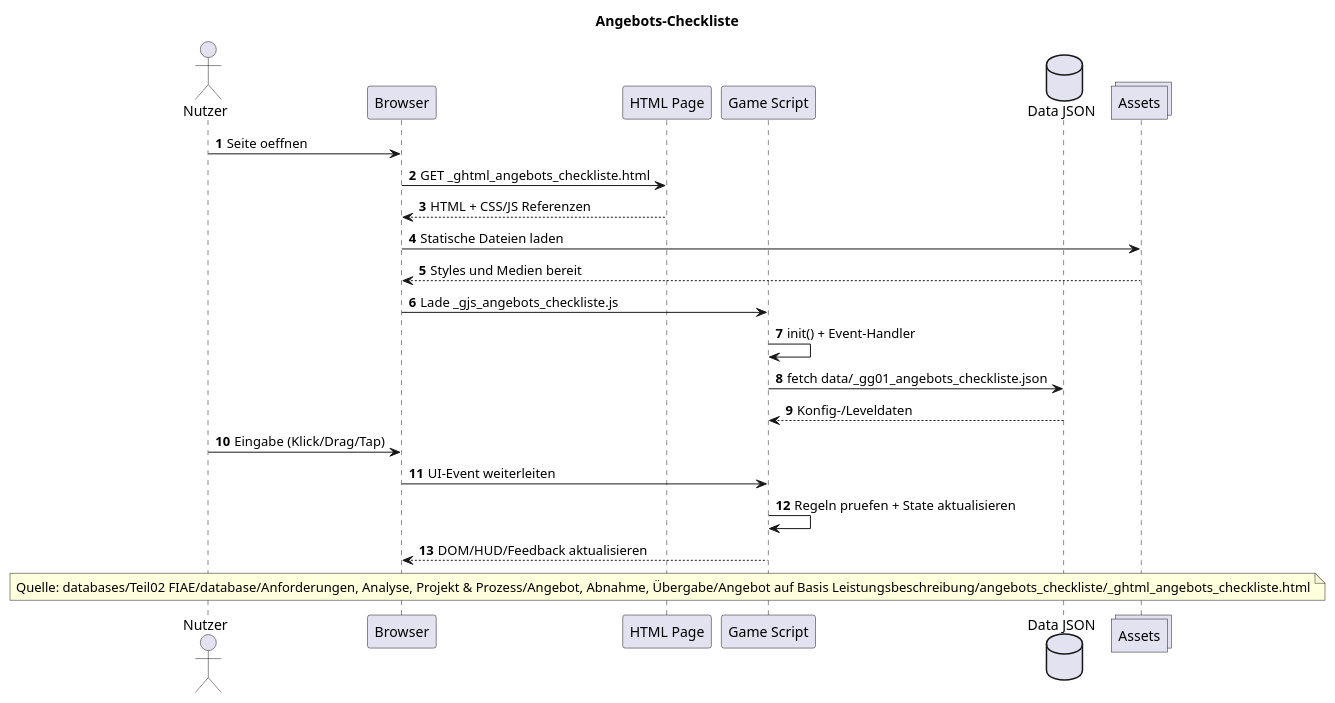
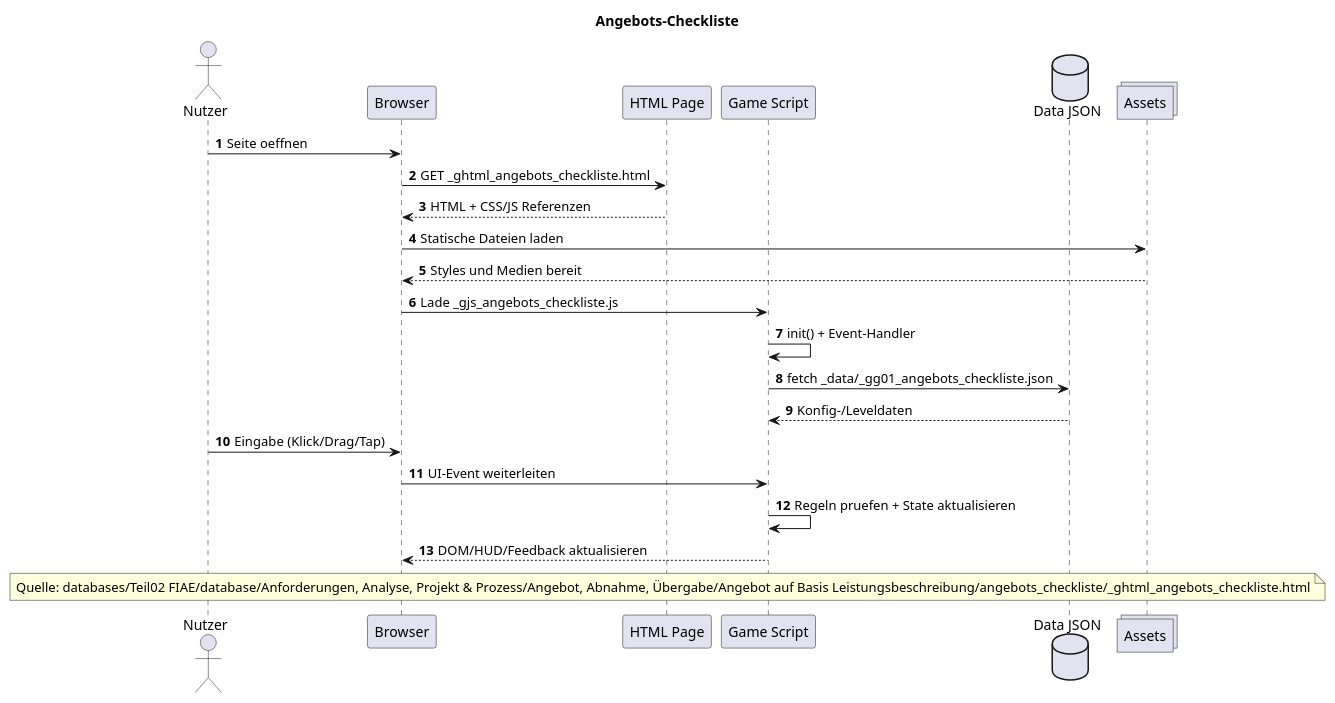
Before and after one commit to Thor-the-Dwarf/easyPV: the diagram in databases/Teil02 FIAE/database/Anforderungen, Analyse, Projekt & Prozess/Angebot, Abnahme, Übergabe/Angebot auf Basis Leistungsbeschreibung/angebots_checkliste/__dokumentation/__02_plans/__sequence_diagram.puml, drawn with PlantUML. The commit also changed 1258 other files, not shown here.

```diff
--- a/databases/Teil02 FIAE/database/Anforderungen, Analyse, Projekt & Prozess/Angebot, Abnahme, Übergabe/Angebot auf Basis Leistungsbeschreibung/angebots_checkliste/__dokumentation/__02_plans/__sequence_diagram.puml
+++ b/databases/Teil02 FIAE/database/Anforderungen, Analyse, Projekt & Prozess/Angebot, Abnahme, Übergabe/Angebot auf Basis Leistungsbeschreibung/angebots_checkliste/__dokumentation/__02_plans/__sequence_diagram.puml
@@ -1,29 +1,29 @@
 @startuml
  title Angebots-Checkliste
  autonumber
  actor Nutzer
  participant Browser
  participant "HTML Page" as Page
  participant "Game Script" as Game
  database "Data JSON" as Data
  collections "Assets" as Assets
  
  Nutzer -> Browser: Seite oeffnen
  Browser -> Page: GET _ghtml_angebots_checkliste.html
  Page --> Browser: HTML + CSS/JS Referenzen
  Browser -> Assets: Statische Dateien laden
  Assets --> Browser: Styles und Medien bereit
  Browser -> Game: Lade _gjs_angebots_checkliste.js
  Game -> Game: init() + Event-Handler
- Game -> Data: fetch data/_gg01_angebots_checkliste.json
+ Game -> Data: fetch _data/_gg01_angebots_checkliste.json
  Data --> Game: Konfig-/Leveldaten
  
  Nutzer -> Browser: Eingabe (Klick/Drag/Tap)
  Browser -> Game: UI-Event weiterleiten
  Game -> Game: Regeln pruefen + State aktualisieren
  Game --> Browser: DOM/HUD/Feedback aktualisieren
  
  note over Page
  Quelle: databases/Teil02 FIAE/database/Anforderungen, Analyse, Projekt & Prozess/Angebot, Abnahme, Übergabe/Angebot auf Basis Leistungsbeschreibung/angebots_checkliste/_ghtml_angebots_checkliste.html
  end note
 @enduml
```
